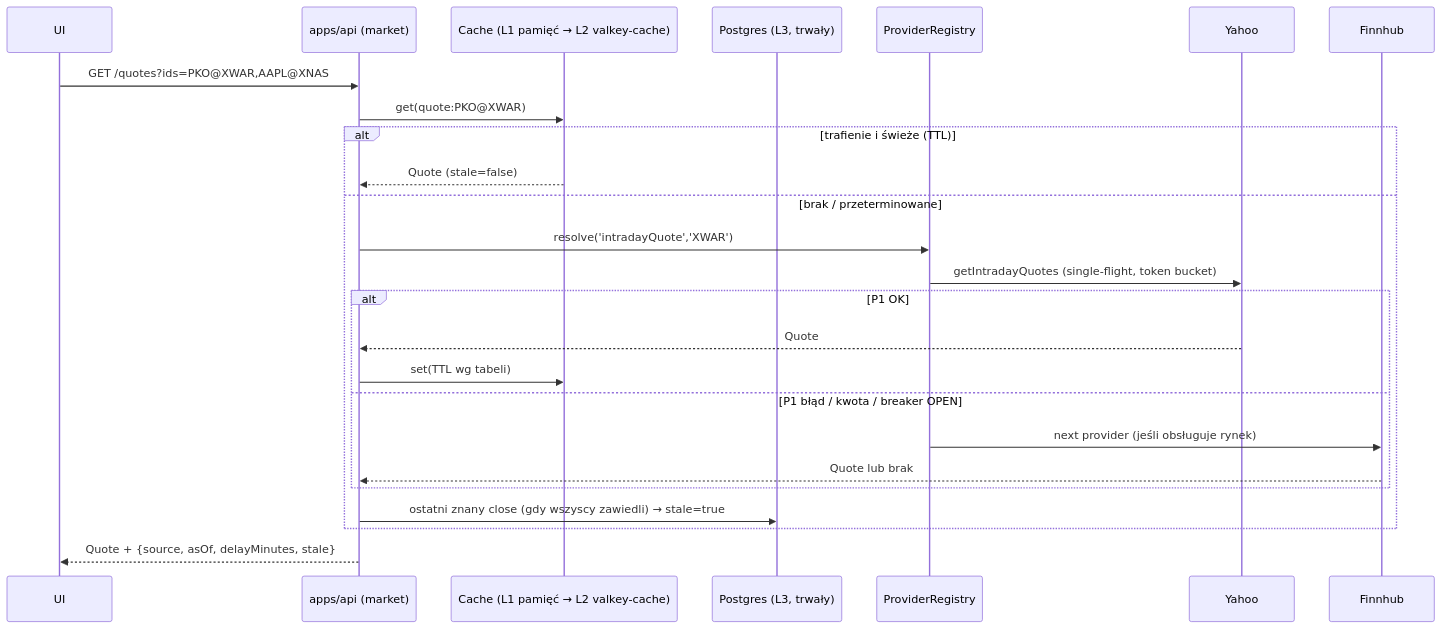
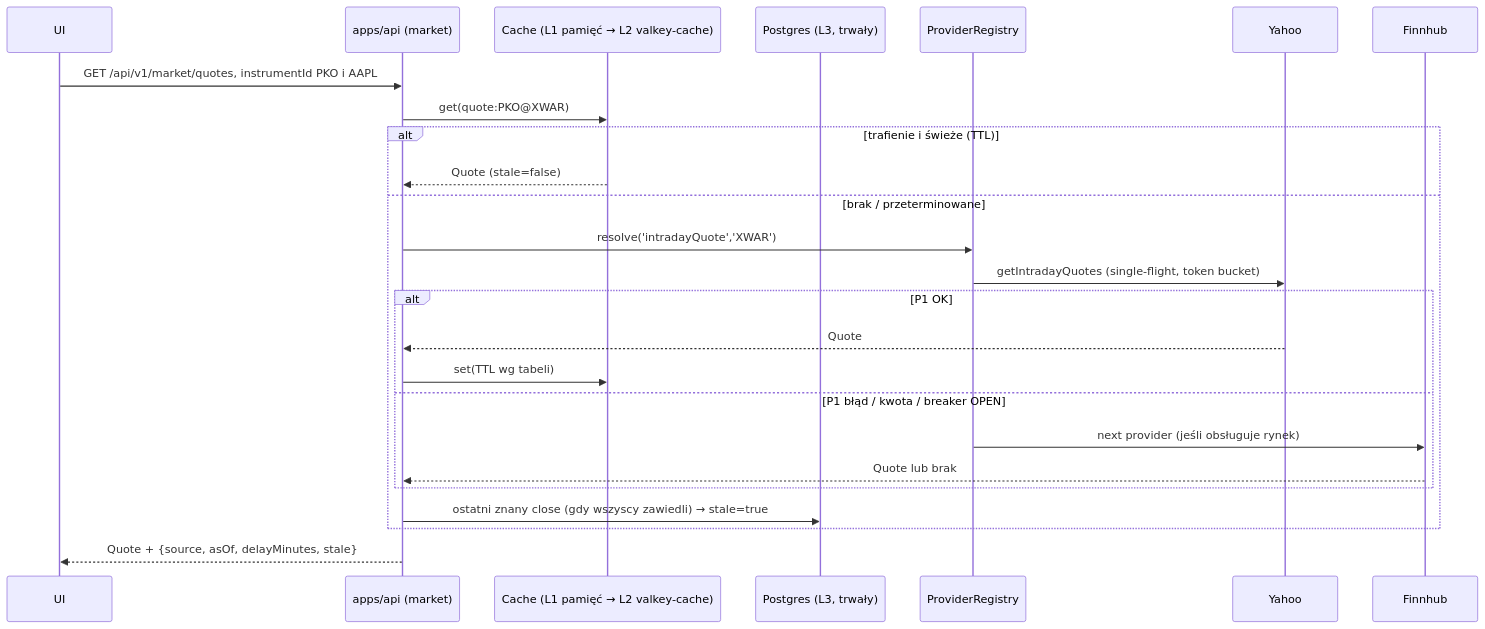
The diagram in docs/03-dane/strategia-cache.md (Ipper18/OligInvest), drawn with Mermaid before and after one commit. The commit also changed other lines of this file and 35 other files, not shown here.

````diff
--- a/docs/03-dane/strategia-cache.md
+++ b/docs/03-dane/strategia-cache.md
@@ -42,27 +42,27 @@
 ```mermaid
 sequenceDiagram
   participant UI
   participant API as apps/api (market)
   participant C as Cache (L1 pamięć → L2 valkey-cache)
   participant DB as Postgres (L3, trwały)
   participant R as ProviderRegistry
   participant P1 as Yahoo
   participant P2 as Finnhub
-  UI->>API: GET /quotes?ids=PKO@XWAR,AAPL@XNAS
+  UI->>API: GET /api/v1/market/quotes, instrumentId PKO i AAPL
   API->>C: get(quote:PKO@XWAR)
   alt trafienie i świeże (TTL)
     C-->>API: Quote (stale=false)
   else brak / przeterminowane
     API->>R: resolve('intradayQuote','XWAR')
     R->>P1: getIntradayQuotes (single-flight, token bucket)
     alt P1 OK
       P1-->>API: Quote
       API->>C: set(TTL wg tabeli)
     else P1 błąd / kwota / breaker OPEN
       R->>P2: next provider (jeśli obsługuje rynek)
       P2-->>API: Quote lub brak
     end
     API->>DB: ostatni znany close (gdy wszyscy zawiedli) → stale=true
   end
   API-->>UI: Quote + {source, asOf, delayMinutes, stale}
 ```
````
